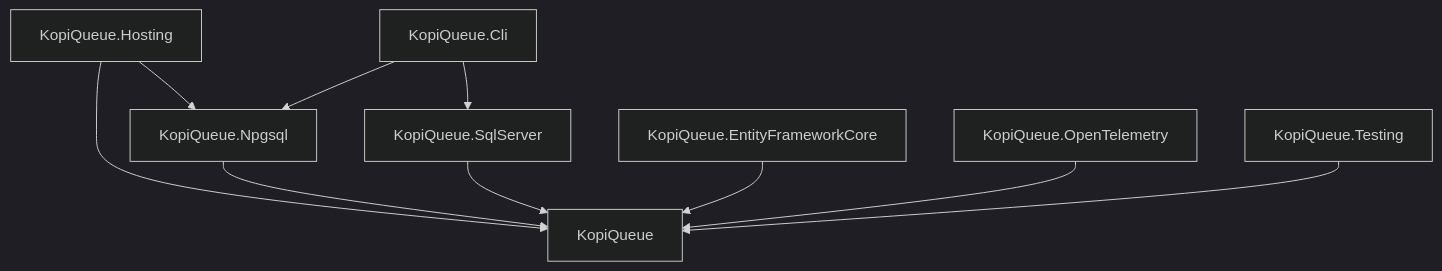
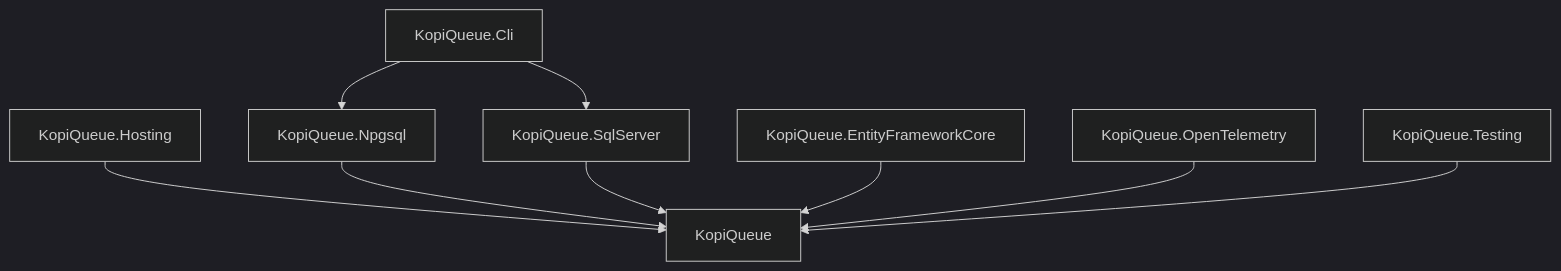
The first of 3 diagrams in docs/02-design.md (sujanto-gaws/KopiQueue), drawn with Mermaid (dark theme) before and after one commit. The commit also changed other lines of this file and 25 other files, not shown here.

First line of the commit message:
feat(hosting): add AddKopiQueue, the hosted service, configuration binding and UseNpgsql (#115)

````diff
--- a/docs/02-design.md
+++ b/docs/02-design.md
@@ -39,12 +42,11 @@
 ```mermaid
 graph TD
   Hosting[KopiQueue.Hosting] --> Core[KopiQueue]
-  Hosting --> Npgsql[KopiQueue.Npgsql]
-  Npgsql --> Core
+  Npgsql[KopiQueue.Npgsql] --> Core
   SqlServer[KopiQueue.SqlServer] --> Core
   EF[KopiQueue.EntityFrameworkCore] --> Core
   OTel[KopiQueue.OpenTelemetry] --> Core
   Testing[KopiQueue.Testing] --> Core
   Cli[KopiQueue.Cli] --> Npgsql
   Cli --> SqlServer
 ```
````
